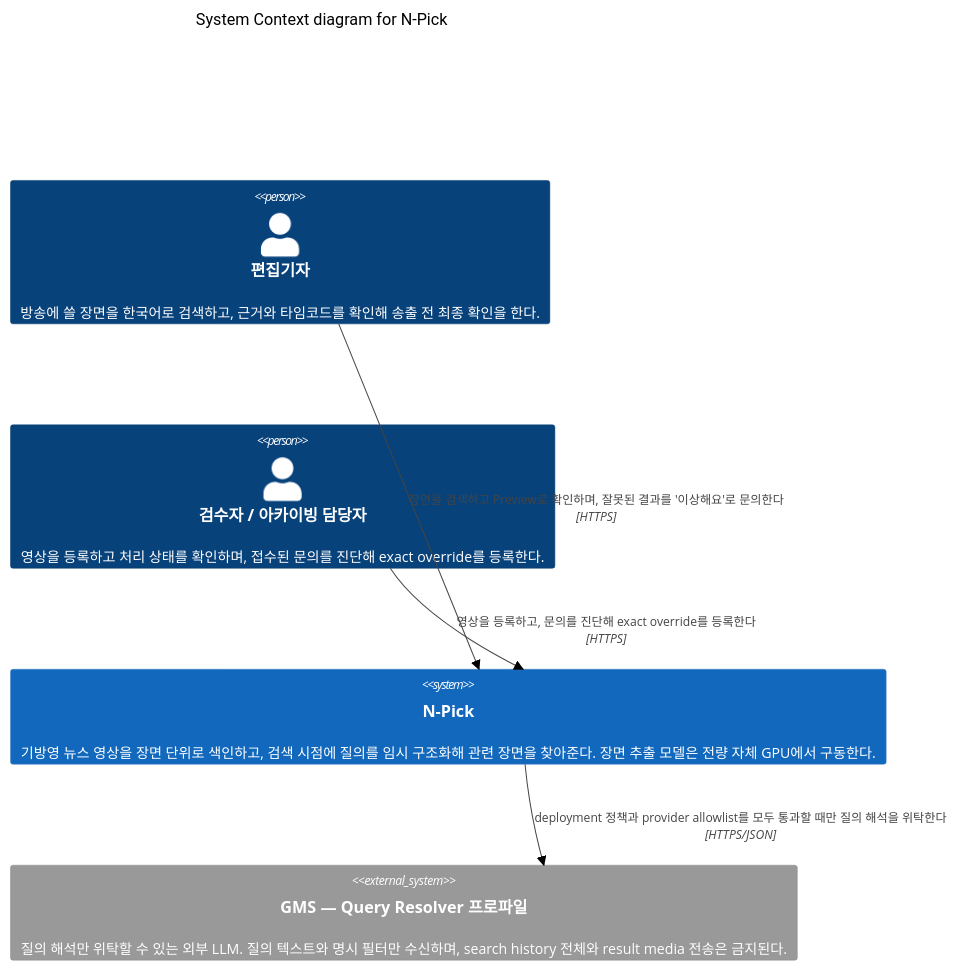
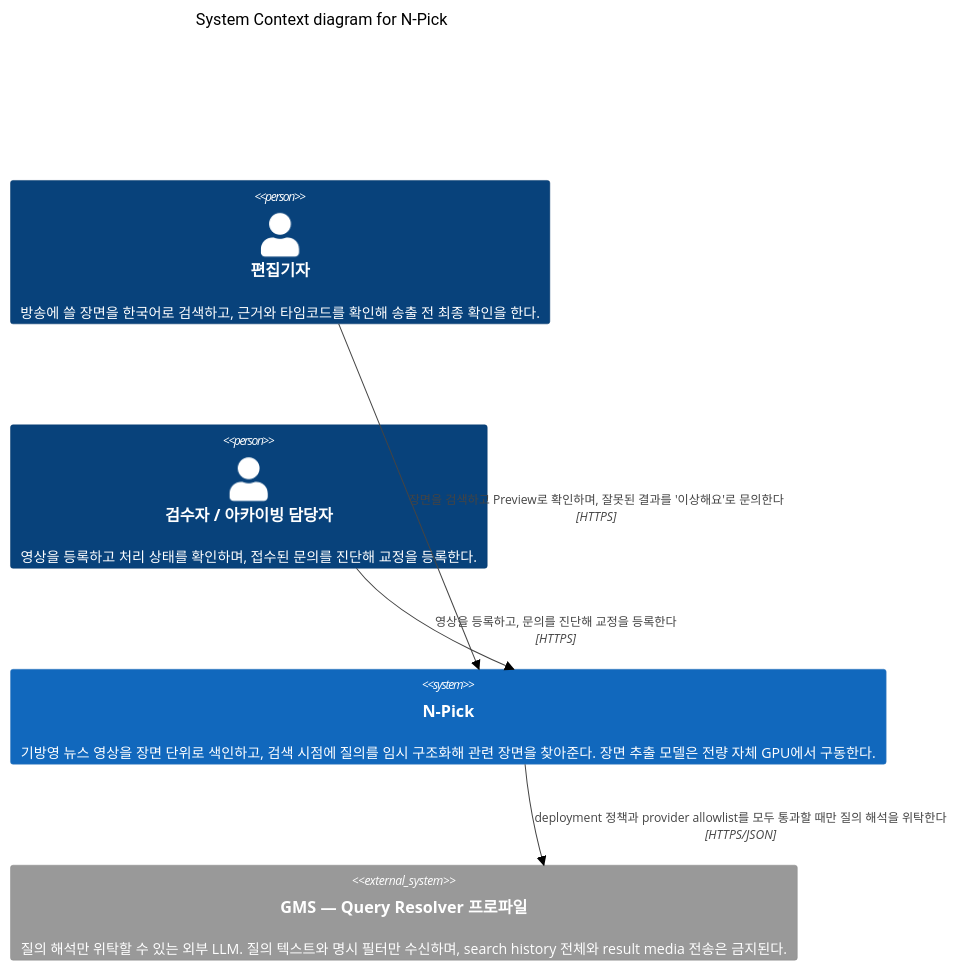
Before and after one commit to eomgerm/N-Pick: the diagram in docs/architecture/01-context.md, drawn with Mermaid (neutral theme). The commit also changed other lines of this file and 2 other files, not shown here.

````diff
--- a/docs/architecture/01-context.md
+++ b/docs/architecture/01-context.md
@@ -22,17 +22,17 @@
 ```mermaid
 C4Context
     title System Context diagram for N-Pick
 
     Person(editor, "편집기자", "방송에 쓸 장면을 한국어로 검색하고, 근거와 타임코드를 확인해 송출 전 최종 확인을 한다.")
-    Person(reviewer, "검수자 / 아카이빙 담당자", "영상을 등록하고 처리 상태를 확인하며, 접수된 문의를 진단해 exact override를 등록한다.")
+    Person(reviewer, "검수자 / 아카이빙 담당자", "영상을 등록하고 처리 상태를 확인하며, 접수된 문의를 진단해 교정을 등록한다.")
 
     System(npick, "N-Pick", "기방영 뉴스 영상을 장면 단위로 색인하고, 검색 시점에 질의를 임시 구조화해 관련 장면을 찾아준다. 장면 추출 모델은 전량 자체 GPU에서 구동한다.")
 
     System_Ext(gms, "GMS — Query Resolver 프로파일", "질의 해석만 위탁할 수 있는 외부 LLM. 질의 텍스트와 명시 필터만 수신하며, search history 전체와 result media 전송은 금지된다.")
 
     Rel(editor, npick, "장면을 검색하고 Preview로 확인하며, 잘못된 결과를 '이상해요'로 문의한다", "HTTPS")
-    Rel(reviewer, npick, "영상을 등록하고, 문의를 진단해 exact override를 등록한다", "HTTPS")
+    Rel(reviewer, npick, "영상을 등록하고, 문의를 진단해 교정을 등록한다", "HTTPS")
     Rel(npick, gms, "deployment 정책과 provider allowlist를 모두 통과할 때만 질의 해석을 위탁한다", "HTTPS/JSON")
 
     UpdateLayoutConfig($c4ShapeInRow="2", $c4BoundaryInRow="1")
 ```
````
